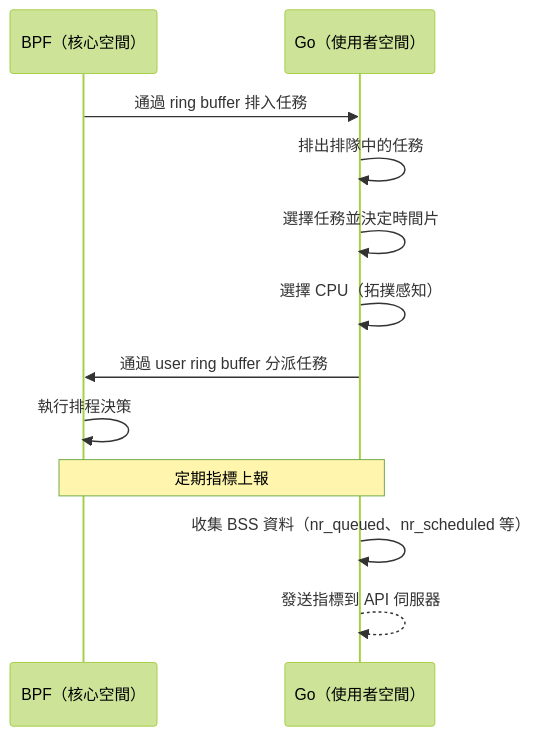
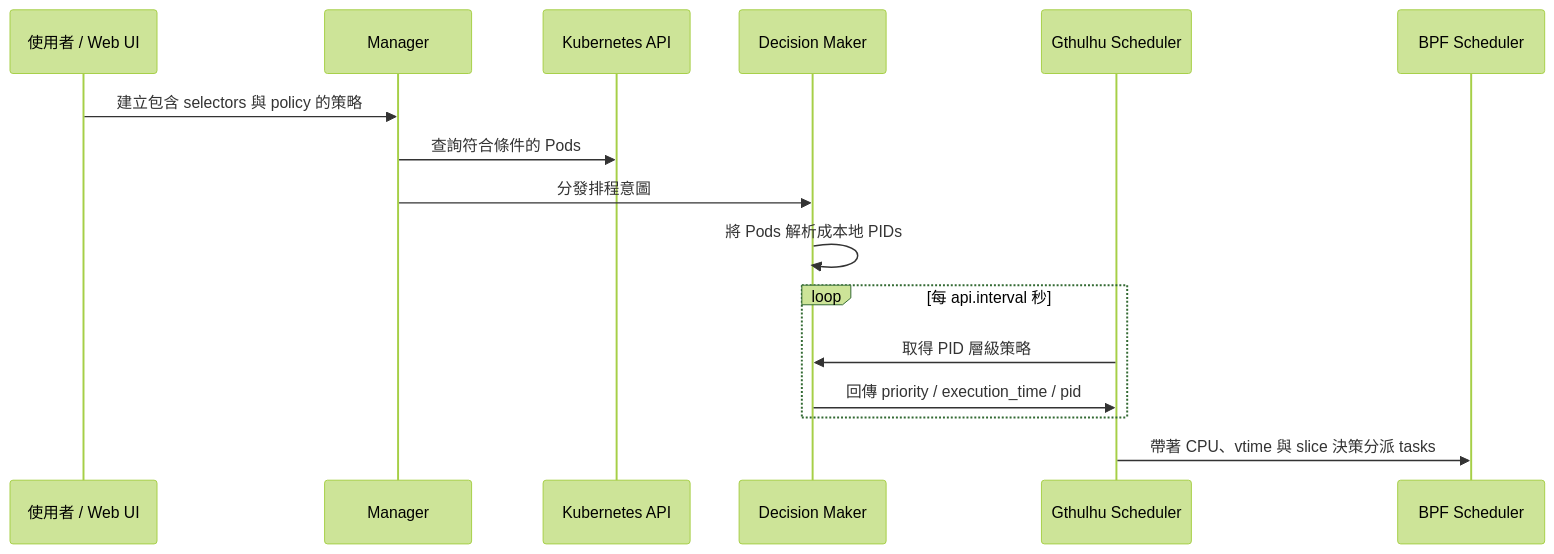
Before and after one commit to Gthulhu/docs: the third of 4 diagrams in docs/how-it-works.zh.md, drawn with Mermaid (forest theme). The commit also changed other lines of this file and 3 other files, not shown here.

````diff
--- a/docs/how-it-works.zh.md
+++ b/docs/how-it-works.zh.md
@@ -305,16 +102,21 @@
 ```mermaid
 sequenceDiagram
-    participant K as BPF（核心空間）
-    participant U as Go（使用者空間）
-    
-    K->>U: 通過 ring buffer 排入任務
-    U->>U: 排出排隊中的任務
-    U->>U: 選擇任務並決定時間片
-    U->>U: 選擇 CPU（拓撲感知）
-    U->>K: 通過 user ring buffer 分派任務
-    K->>K: 執行排程決策
-    
-    Note over K,U: 定期指標上報
-    U->>U: 收集 BSS 資料（nr_queued、nr_scheduled 等）
-    U-->>U: 發送指標到 API 伺服器
+    participant U as 使用者 / Web UI
+    participant M as Manager
+    participant K as Kubernetes API
+    participant DM as Decision Maker
+    participant G as Gthulhu Scheduler
+    participant B as BPF Scheduler
+
+    U->>M: 建立包含 selectors 與 policy 的策略
+    M->>K: 查詢符合條件的 Pods
+    M->>DM: 分發排程意圖
+    DM->>DM: 將 Pods 解析成本地 PIDs
+
+    loop 每 api.interval 秒
+        G->>DM: 取得 PID 層級策略
+        DM->>G: 回傳 priority / execution_time / pid
+    end
+
+    G->>B: 帶著 CPU、vtime 與 slice 決策分派 tasks
 ```
````
